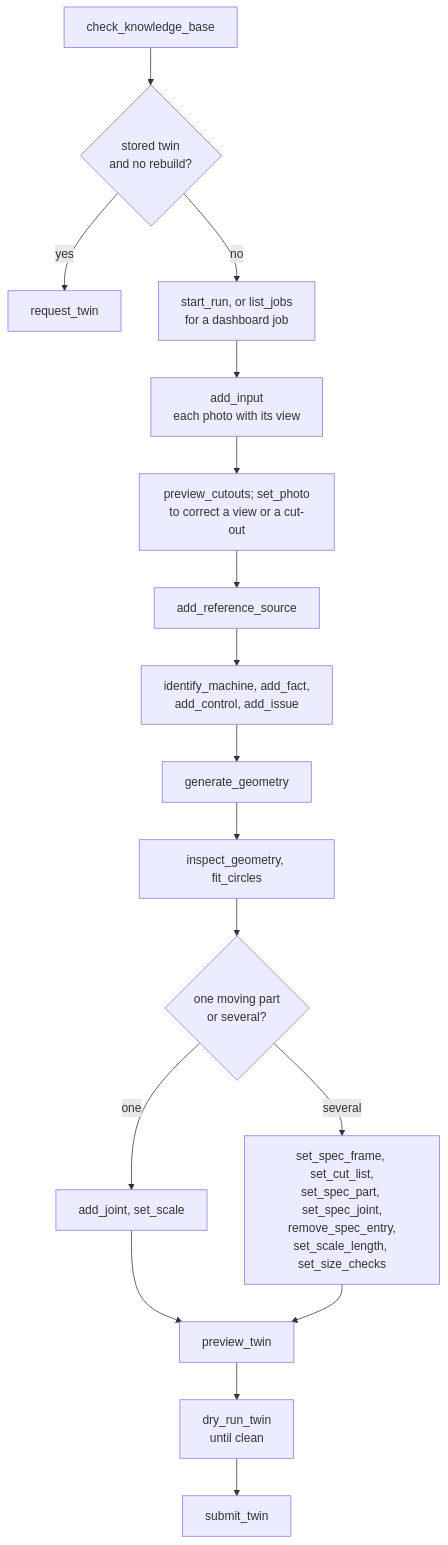
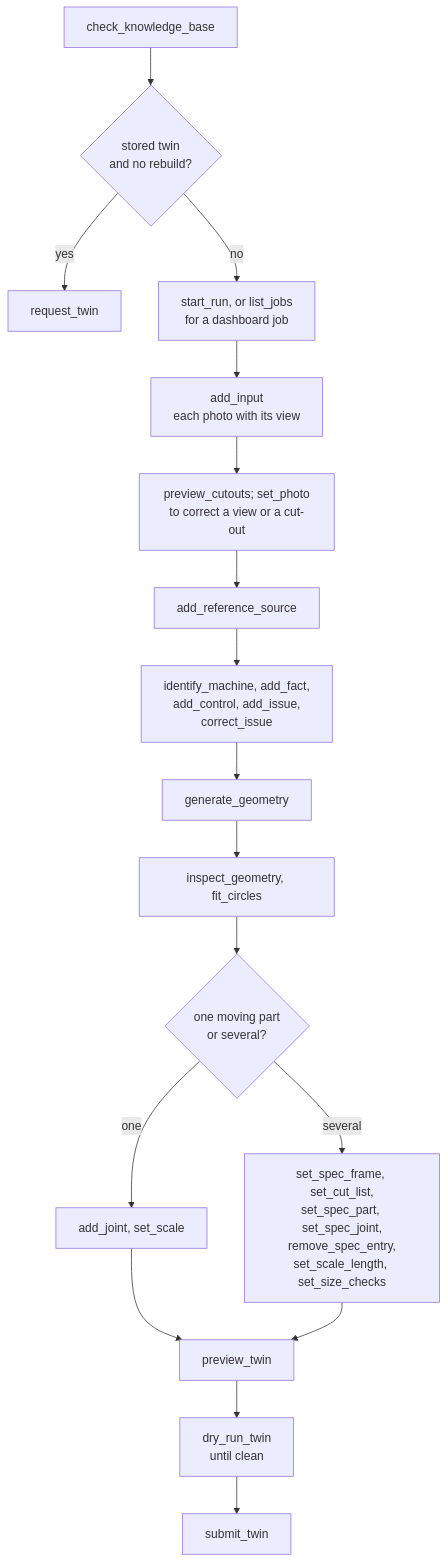
One commit to DanSweet734/MoonWalkers---Multimodal-Digital-Twin-Generator changed the eighth of 8 diagrams in docs/how-a-twin-is-built.md. Above: the diagram before and after it, drawn with Mermaid. The commit also changed other lines of this file and 7 other files, not shown here.

First line of the commit message:
feat: correct or withdraw an issue in the reading notes before the build

````diff
--- a/docs/how-a-twin-is-built.md
+++ b/docs/how-a-twin-is-built.md
@@ -188,19 +188,19 @@
 ```mermaid
 flowchart TB
     S0["check_knowledge_base"] --> S1{"stored twin<br/>and no rebuild?"}
     S1 -->|"yes"| RT["request_twin"]
     S1 -->|"no"| SR["start_run, or list_jobs<br/>for a dashboard job"]
     SR --> AI["add_input<br/>each photo with its view"]
     AI --> PC["preview_cutouts; set_photo<br/>to correct a view or a cut-out"]
     PC --> RS["add_reference_source"]
-    RS --> ID["identify_machine, add_fact,<br/>add_control, add_issue"]
+    RS --> ID["identify_machine, add_fact,<br/>add_control, add_issue,<br/>correct_issue"]
     ID --> GG["generate_geometry"]
     GG --> IG["inspect_geometry, fit_circles"]
     IG --> ONE{"one moving part<br/>or several?"}
     ONE -->|"one"| J1["add_joint, set_scale"]
     ONE -->|"several"| JN["set_spec_frame, set_cut_list,<br/>set_spec_part, set_spec_joint,<br/>remove_spec_entry,<br/>set_scale_length, set_size_checks"]
     J1 --> PV["preview_twin"]
     JN --> PV
     PV --> DR["dry_run_twin<br/>until clean"]
     DR --> ST["submit_twin"]
 ```
````
